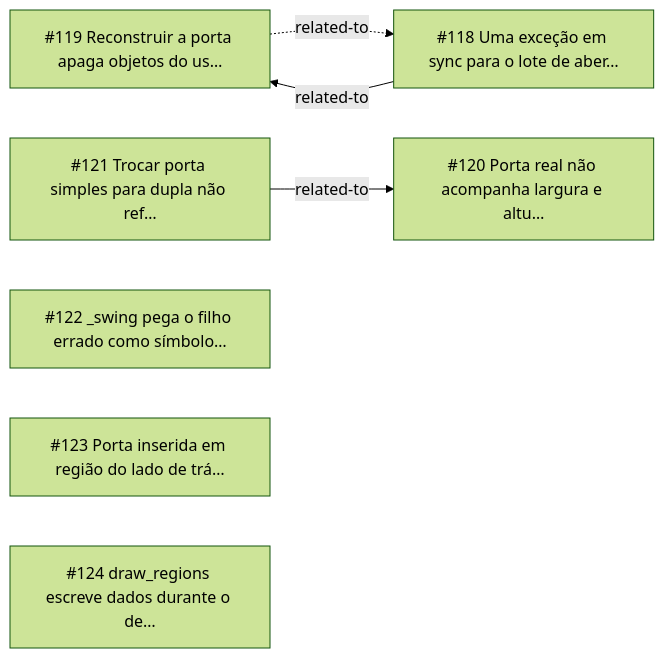
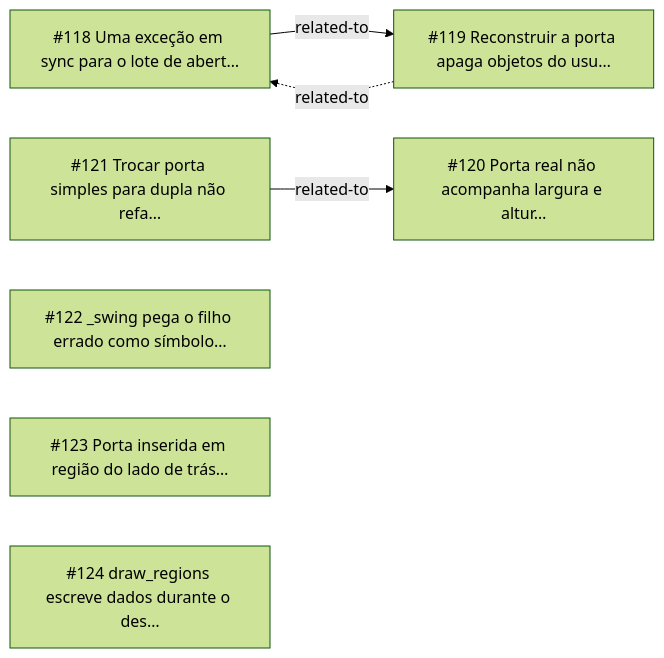
Before and after one commit to CAFFDIGITALPLATFORM/caffmob_draw: the diagram in _reversa_bugs/openings/generated/graph.md, drawn with Mermaid (forest theme). The commit also changed other lines of this file and 220 other files, not shown here.

````diff
--- a/_reversa_bugs/openings/generated/graph.md
+++ b/_reversa_bugs/openings/generated/graph.md
@@ -5,13 +5,13 @@
 ```mermaid
 graph LR
-  BUG_20261011_MMVI["#119 Reconstruir a porta apaga objetos do us…"]
-  BUG_20261011_A2Z4["#118 Uma exceção em sync para o lote de aber…"]
-  BUG_20261011_IDPP["#120 Porta real não acompanha largura e altu…"]
-  BUG_20261011_UV6S["#121 Trocar porta simples para dupla não ref…"]
+  BUG_20261011_A2Z4["#118 Uma exceção em sync para o lote de abert…"]
+  BUG_20261011_MMVI["#119 Reconstruir a porta apaga objetos do usu…"]
+  BUG_20261011_IDPP["#120 Porta real não acompanha largura e altur…"]
+  BUG_20261011_UV6S["#121 Trocar porta simples para dupla não refa…"]
   BUG_20261011_SX4T["#122 _swing pega o filho errado como símbolo…"]
-  BUG_20261011_7SNG["#123 Porta inserida em região do lado de trá…"]
-  BUG_20261011_D3GC["#124 draw_regions escreve dados durante o de…"]
+  BUG_20261011_7SNG["#123 Porta inserida em região do lado de trás…"]
+  BUG_20261011_D3GC["#124 draw_regions escreve dados durante o des…"]
   BUG_20261011_A2Z4 -->|related-to| BUG_20261011_MMVI
   BUG_20261011_MMVI -.->|related-to| BUG_20261011_A2Z4
   BUG_20261011_UV6S -->|related-to| BUG_20261011_IDPP
 ```
````
